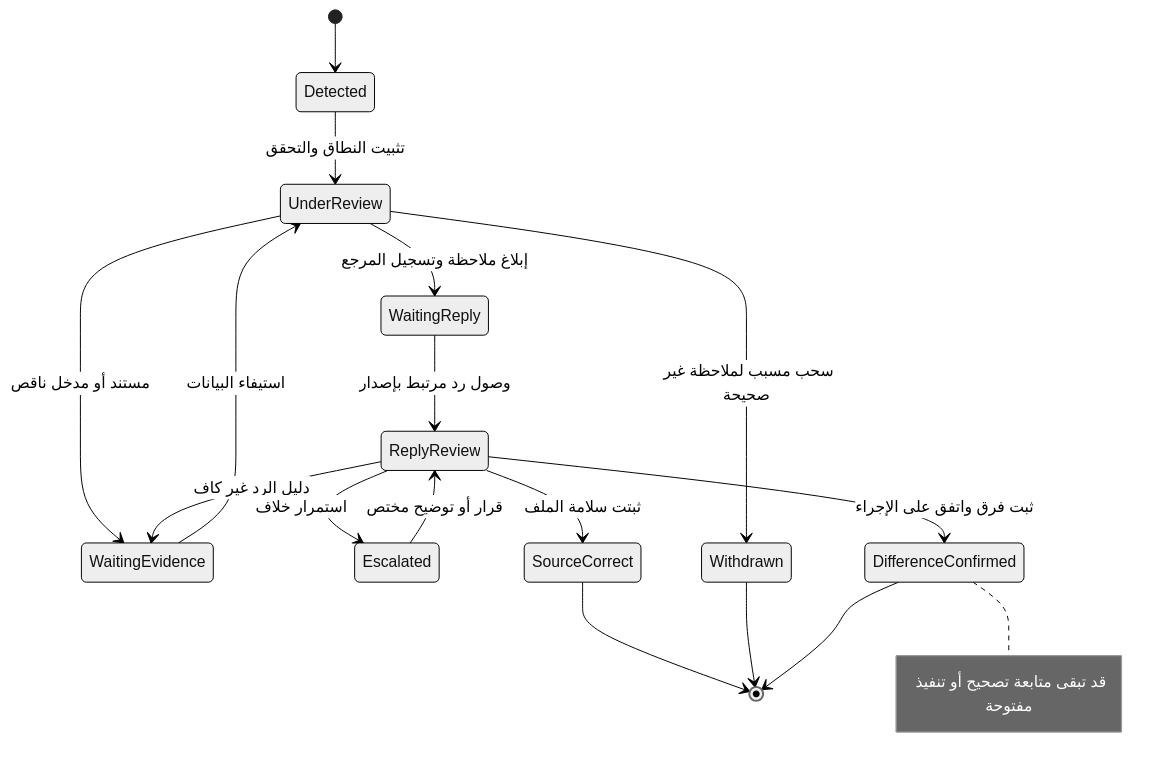
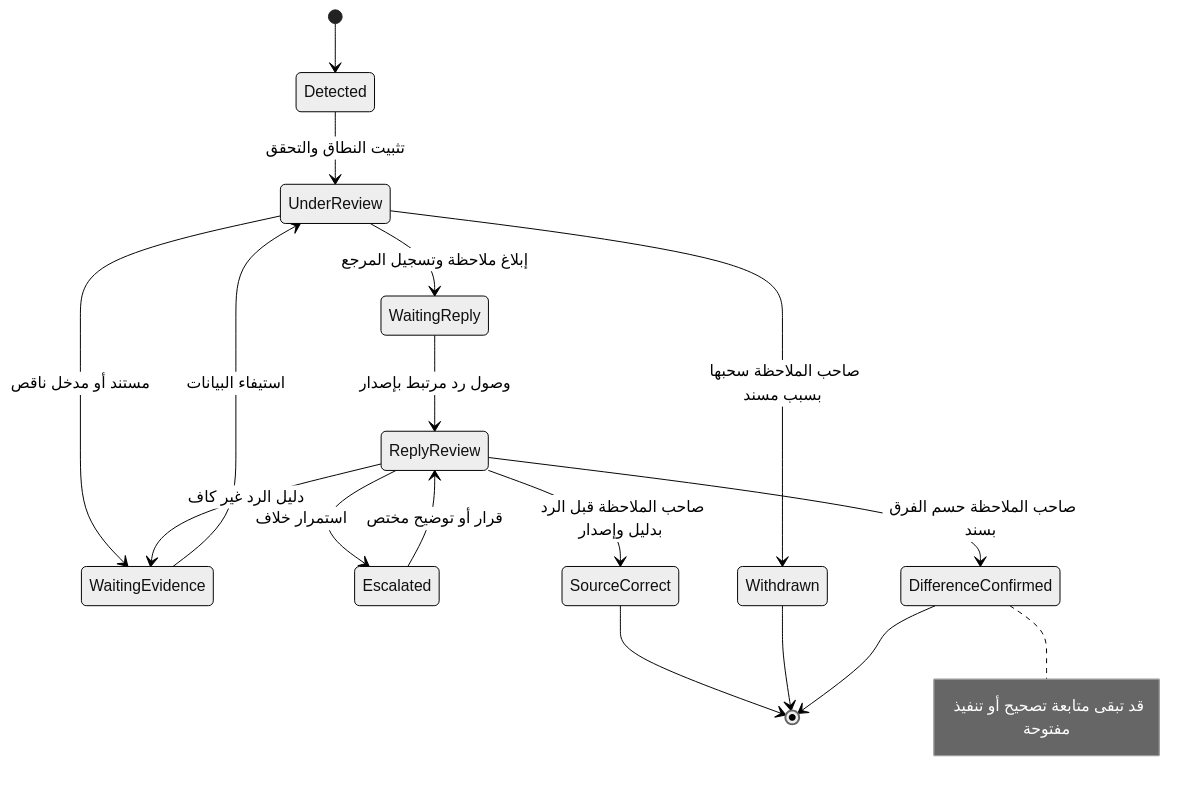
Before and after one commit to AlexandriaDeveloper/PayrollReviewSystem: the fourth of 5 diagrams in docs/planning/UML-AR.md, drawn with Mermaid (neutral theme). The commit also changed other lines of this file, not shown here.

````diff
--- a/docs/planning/UML-AR.md
+++ b/docs/planning/UML-AR.md
@@ -217,19 +224,19 @@
 ```mermaid
 stateDiagram-v2
   [*] --> Detected
   Detected --> UnderReview: تثبيت النطاق والتحقق
   UnderReview --> WaitingEvidence: مستند أو مدخل ناقص
   WaitingEvidence --> UnderReview: استيفاء البيانات
   UnderReview --> WaitingReply: إبلاغ ملاحظة وتسجيل المرجع
   WaitingReply --> ReplyReview: وصول رد مرتبط بإصدار
   ReplyReview --> WaitingEvidence: دليل الرد غير كاف
   ReplyReview --> Escalated: استمرار خلاف
   Escalated --> ReplyReview: قرار أو توضيح مختص
-  ReplyReview --> SourceCorrect: ثبتت سلامة الملف
-  ReplyReview --> DifferenceConfirmed: ثبت فرق واتفق على الإجراء
-  UnderReview --> Withdrawn: سحب مسبب لملاحظة غير صحيحة
+  ReplyReview --> SourceCorrect: صاحب الملاحظة قبل الرد بدليل وإصدار
+  ReplyReview --> DifferenceConfirmed: صاحب الملاحظة حسم الفرق بسند
+  UnderReview --> Withdrawn: صاحب الملاحظة سحبها بسبب مسند
   SourceCorrect --> [*]
   Withdrawn --> [*]
   DifferenceConfirmed --> [*]
   Note right of DifferenceConfirmed: قد تبقى متابعة تصحيح أو تنفيذ مفتوحة
 ```
````
